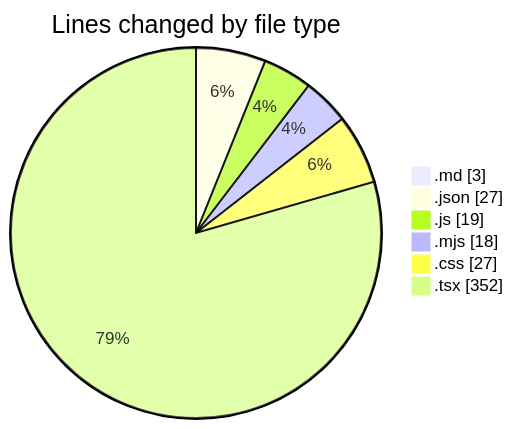
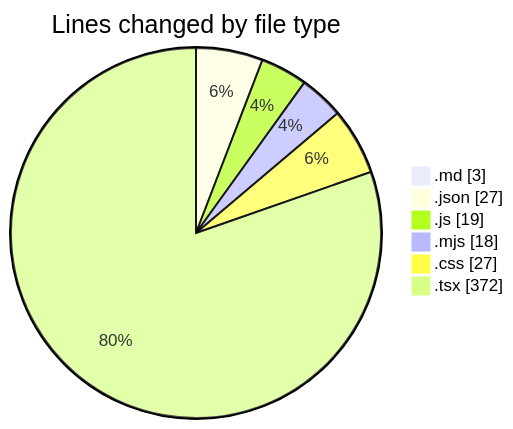
One commit to Ritupan-Deka/code-tracking changed the first of 2 diagrams in 2025-06-18/scopesketch-app/README.md. Above: the diagram before and after it, drawn with Mermaid. The commit also changed other lines of this file and 1 other file, not shown here.

````diff
--- a/2025-06-18/scopesketch-app/README.md
+++ b/2025-06-18/scopesketch-app/README.md
@@ -26,10 +26,10 @@
 ```mermaid
 pie showData
 title Lines changed by file type
 ".md" : 3
 ".json" : 27
 ".js" : 19
 ".mjs" : 18
 ".css" : 27
-".tsx" : 352
+".tsx" : 372
 ```
````
